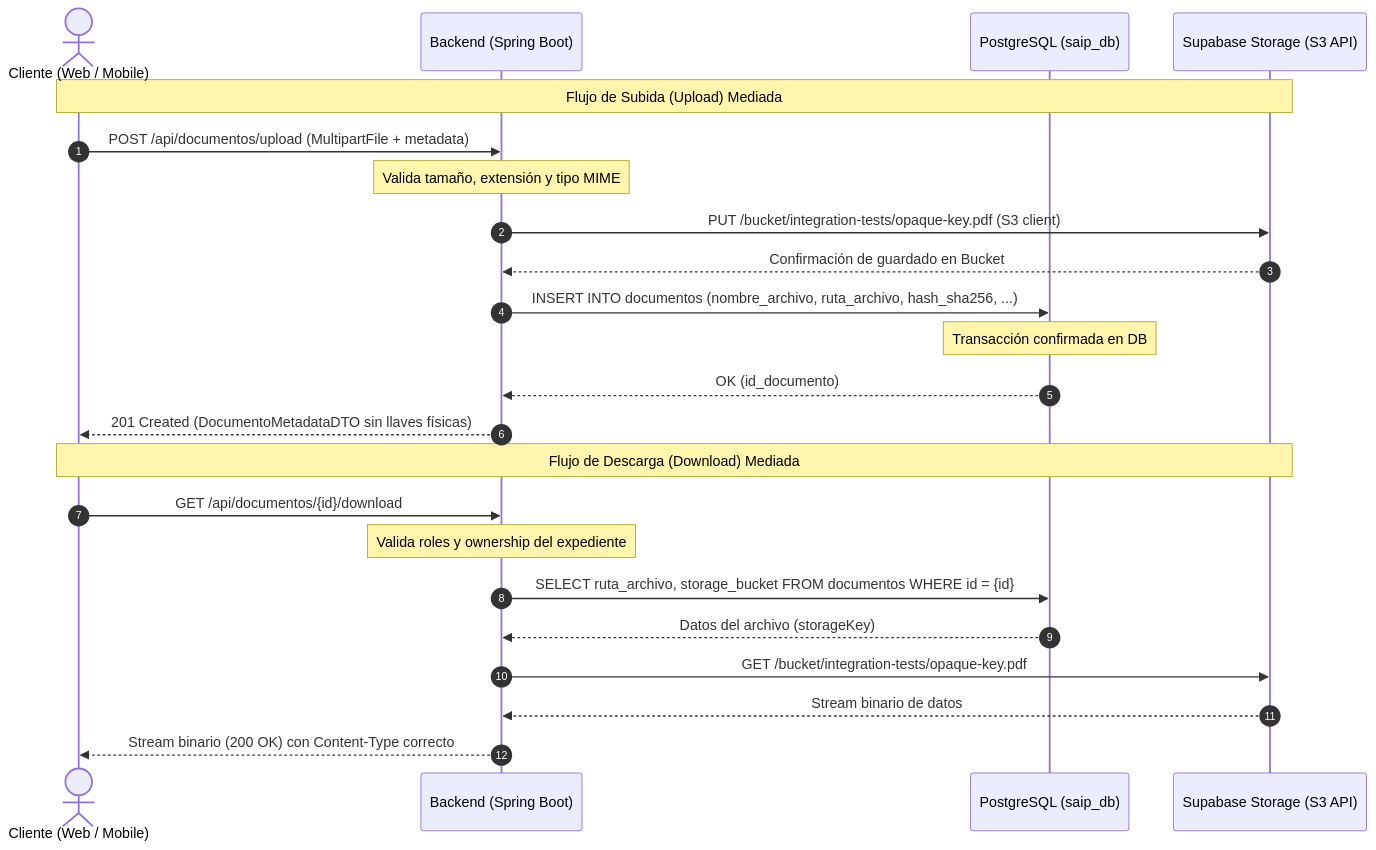
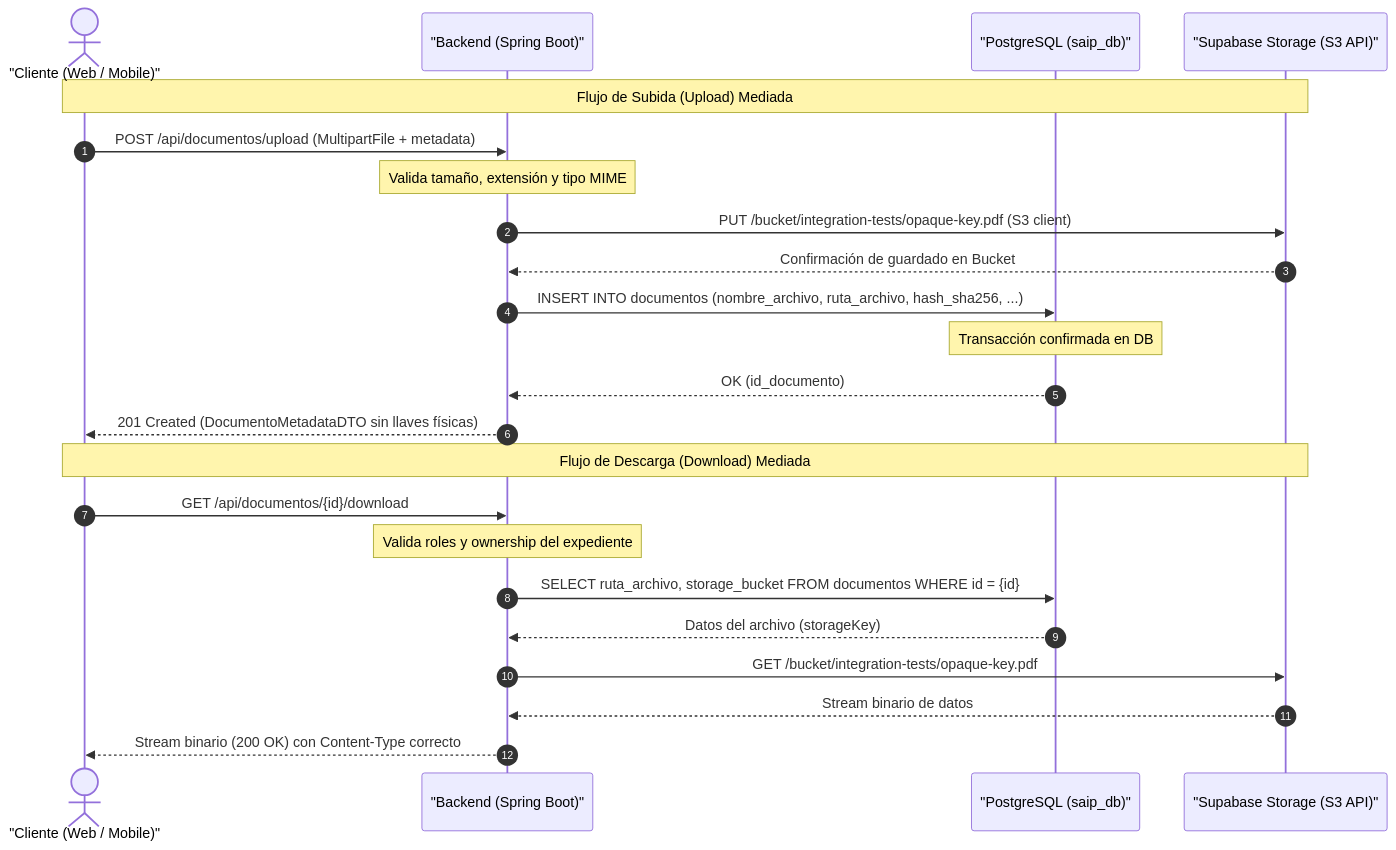
One commit to transparenciapublicadev/plataforma-saip-apelaciones changed the tenth of 11 diagrams in README.md. Above: the diagram before and after it, drawn with Mermaid.

Commit message:
📝 style(readme): quote mermaid sequence diagram participants containing parentheses

````diff
--- a/README.md
+++ b/README.md
@@ -542,27 +542,27 @@
 ```mermaid
 sequenceDiagram
     autonumber
-    actor Cliente as Cliente (Web / Mobile)
-    participant API as Backend (Spring Boot)
-    participant DB as PostgreSQL (saip_db)
-    participant S3 as Supabase Storage (S3 API)
+    actor Cliente as "Cliente (Web / Mobile)"
+    participant API as "Backend (Spring Boot)"
+    participant DB as "PostgreSQL (saip_db)"
+    participant S3 as "Supabase Storage (S3 API)"
 
     Note over Cliente, S3: Flujo de Subida (Upload) Mediada
     Cliente->>API: POST /api/documentos/upload (MultipartFile + metadata)
     Note over API: Valida tamaño, extensión y tipo MIME
     API->>S3: PUT /bucket/integration-tests/opaque-key.pdf (S3 client)
     S3-->>API: Confirmación de guardado en Bucket
     API->>DB: INSERT INTO documentos (nombre_archivo, ruta_archivo, hash_sha256, ...)
     Note over DB: Transacción confirmada en DB
     DB-->>API: OK (id_documento)
     API-->>Cliente: 201 Created (DocumentoMetadataDTO sin llaves físicas)
 
     Note over Cliente, S3: Flujo de Descarga (Download) Mediada
     Cliente->>API: GET /api/documentos/{id}/download
     Note over API: Valida roles y ownership del expediente
     API->>DB: SELECT ruta_archivo, storage_bucket FROM documentos WHERE id = {id}
     DB-->>API: Datos del archivo (storageKey)
     API->>S3: GET /bucket/integration-tests/opaque-key.pdf
     S3-->>API: Stream binario de datos
     API-->>Cliente: Stream binario (200 OK) con Content-Type correcto
 ```
````
